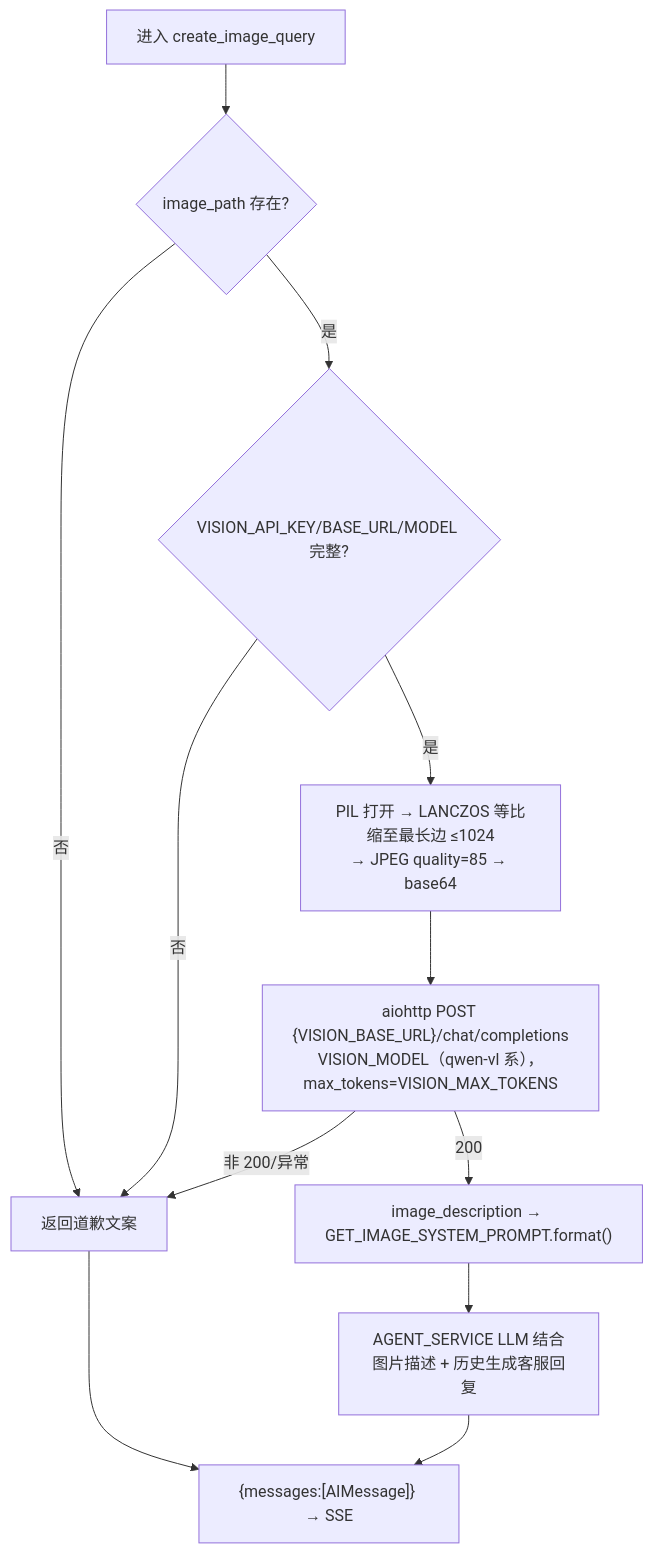
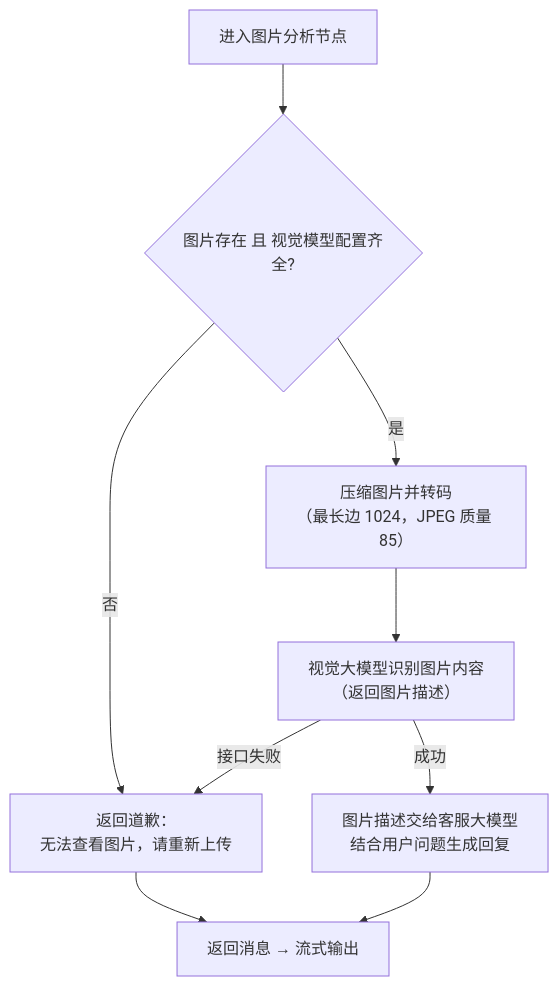
One commit to blowt16/SmartCS-Agent changed diagram 17 of 35 in docs/PROJECT_ANALYSIS.md. Above: the diagram before and after it, drawn with Mermaid. The commit also changed other lines of this file, not shown here.

Commit message:
[docs] PROJECT_ANALYSIS §4 流程图优化：全图节点加中文注释、主干化精简流程（22 张图重排 + 补 TimeoutGuard 运行图），保留关键代码实体括注，提升可读性

````diff
--- a/docs/PROJECT_ANALYSIS.md
+++ b/docs/PROJECT_ANALYSIS.md
@@ -636,14 +581,11 @@
 ```mermaid
 flowchart TD
-    A["进入 create_image_query"] --> B{"image_path 存在?"}
-    B -->|"否"| AP["返回道歉文案"]
-    B -->|"是"| C{"VISION_API_KEY/BASE_URL/MODEL 完整?"}
-    C -->|"否"| AP
-    C -->|"是"| D["PIL 打开 → LANCZOS 等比缩至最长边 ≤1024<br/>→ JPEG quality=85 → base64"]
-    D --> E["aiohttp POST {VISION_BASE_URL}/chat/completions<br/>VISION_MODEL（qwen-vl 系），max_tokens=VISION_MAX_TOKENS"]
-    E -->|"非 200/异常"| AP
-    E -->|"200"| F["image_description → GET_IMAGE_SYSTEM_PROMPT.format()"]
-    F --> G["AGENT_SERVICE LLM 结合图片描述 + 历史生成客服回复"]
-    AP --> OUT2["{messages:[AIMessage]} → SSE"]
-    G --> OUT2
+    A["进入图片分析节点"] --> B{"图片存在 且 视觉模型配置齐全?"}
+    B -->|"否"| E1["返回道歉：<br/>无法查看图片，请重新上传"]
+    B -->|"是"| C["压缩图片并转码<br/>（最长边 1024，JPEG 质量 85）"]
+    C --> D["视觉大模型识别图片内容<br/>（返回图片描述）"]
+    D -->|"接口失败"| E1
+    D -->|"成功"| F["图片描述交给客服大模型<br/>结合用户问题生成回复"]
+    E1 --> G["返回消息 → 流式输出"]
+    F --> G
 ```
````
